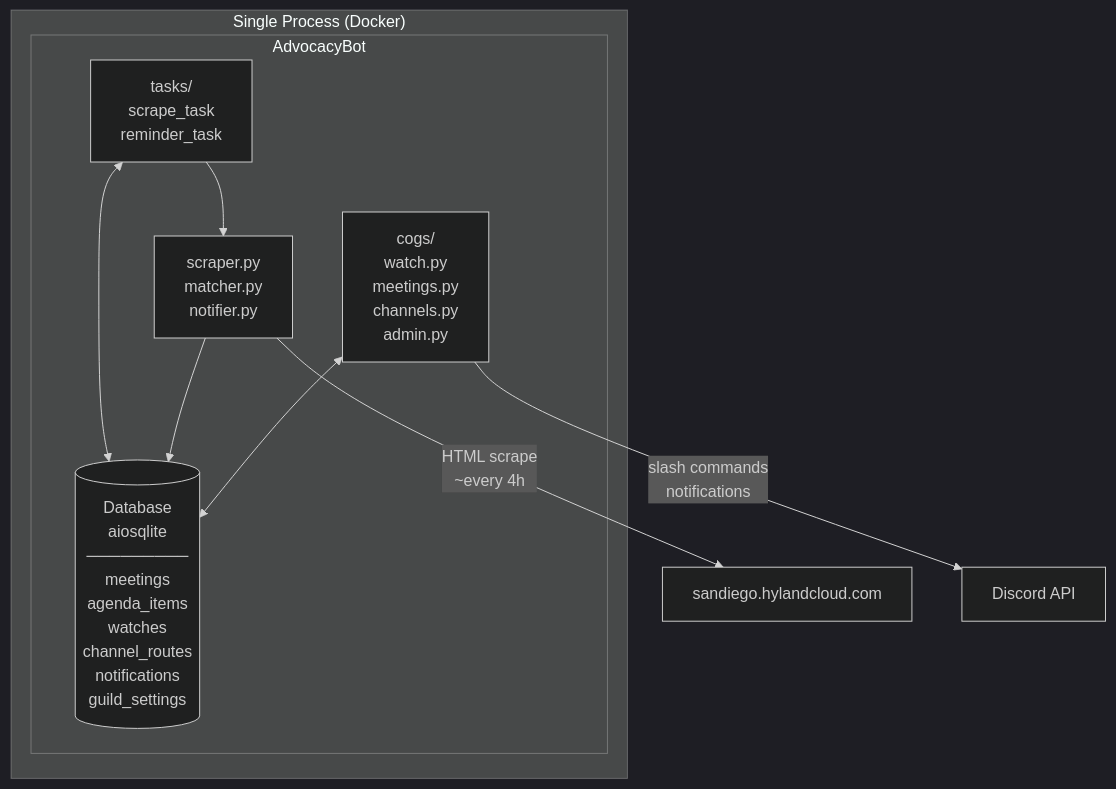
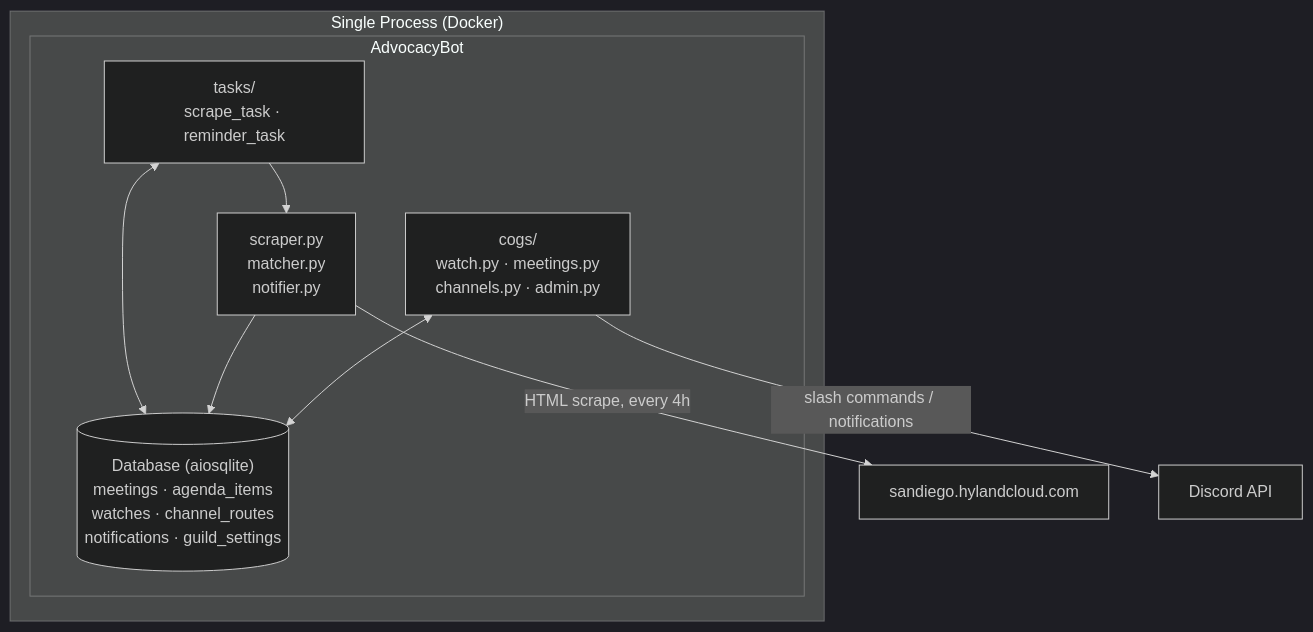
One commit to ako89/advocacy_bot changed the first of 2 diagrams in README.md. Above: the diagram before and after it, drawn with Mermaid (dark theme). The commit also changed other lines of this file, not shown here.

Commit message:
Fix Mermaid diagram line breaks using <br> instead of \n

````diff
--- a/README.md
+++ b/README.md
@@ -20,19 +20,19 @@
 ```mermaid
 graph TD
     subgraph Docker["Single Process (Docker)"]
         subgraph Bot["AdvocacyBot"]
-            Cogs["cogs/\nwatch.py\nmeetings.py\nchannels.py\nadmin.py"]
-            Tasks["tasks/\nscrape_task\nreminder_task"]
-            Core["scraper.py\nmatcher.py\nnotifier.py"]
-            DB[("Database\naiosqlite\n─────────\nmeetings\nagenda_items\nwatches\nchannel_routes\nnotifications\nguild_settings")]
+            Cogs["cogs/<br>watch.py · meetings.py<br>channels.py · admin.py"]
+            Tasks["tasks/<br>scrape_task · reminder_task"]
+            Core["scraper.py<br>matcher.py<br>notifier.py"]
+            DB[("Database (aiosqlite)<br>meetings · agenda_items<br>watches · channel_routes<br>notifications · guild_settings")]
         end
     end
 
     Tasks --> Core
     Tasks <--> DB
     Core --> DB
     Cogs <--> DB
 
-    Core -->|"HTML scrape\n~every 4h"| Portal["sandiego.hylandcloud.com"]
-    Cogs -->|"slash commands\nnotifications"| Discord["Discord API"]
+    Core -->|"HTML scrape, every 4h"| Portal["sandiego.hylandcloud.com"]
+    Cogs -->|"slash commands / notifications"| Discord["Discord API"]
 ```
````
